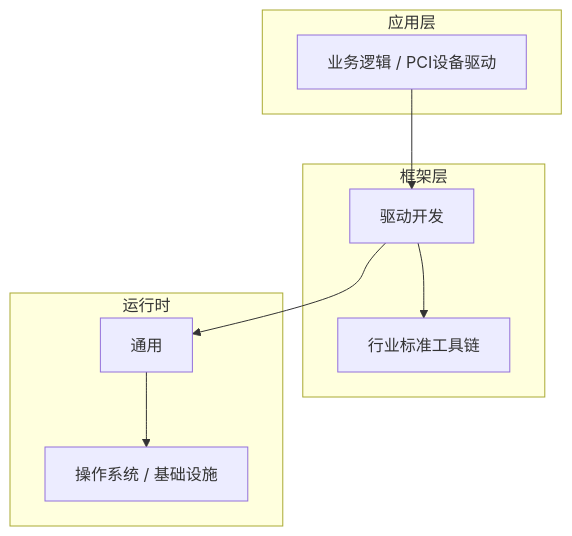
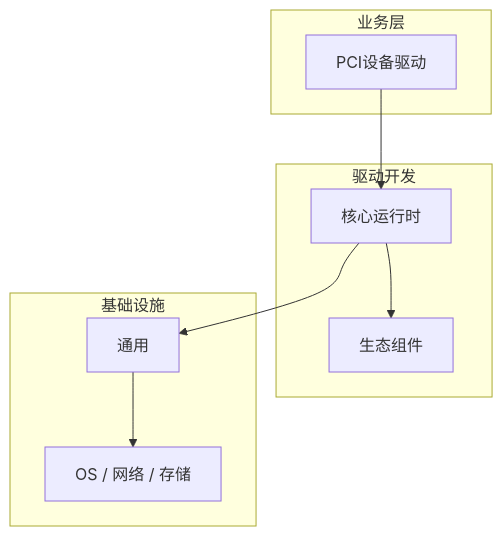
Before and after one commit to yanggan2015/knowledge-json-v2: the diagram in articles/驱动开发/chapters/051-PCI设备驱动核心概念与原理.md, drawn with Mermaid. The commit also changed other lines of this file and 10127 other files, not shown here.

````diff
--- a/articles/驱动开发/chapters/051-PCI设备驱动核心概念与原理.md
+++ b/articles/驱动开发/chapters/051-PCI设备驱动核心概念与原理.md
@@ -45,18 +34,18 @@
 ```mermaid
 graph TB
-    subgraph 应用层
-        A[业务逻辑 / PCI设备驱动]
+    subgraph 业务层
+        A[PCI设备驱动]
     end
-    subgraph 框架层
-        B[驱动开发]
-        C[行业标准工具链]
+    subgraph 驱动开发
+        B[核心运行时]
+        C[生态组件]
     end
-    subgraph 运行时
+    subgraph 基础设施
         D[通用]
-        E[操作系统 / 基础设施]
+        E[OS / 网络 / 存储]
     end
     A --> B
     B --> C
     B --> D
     D --> E
 ```
````
